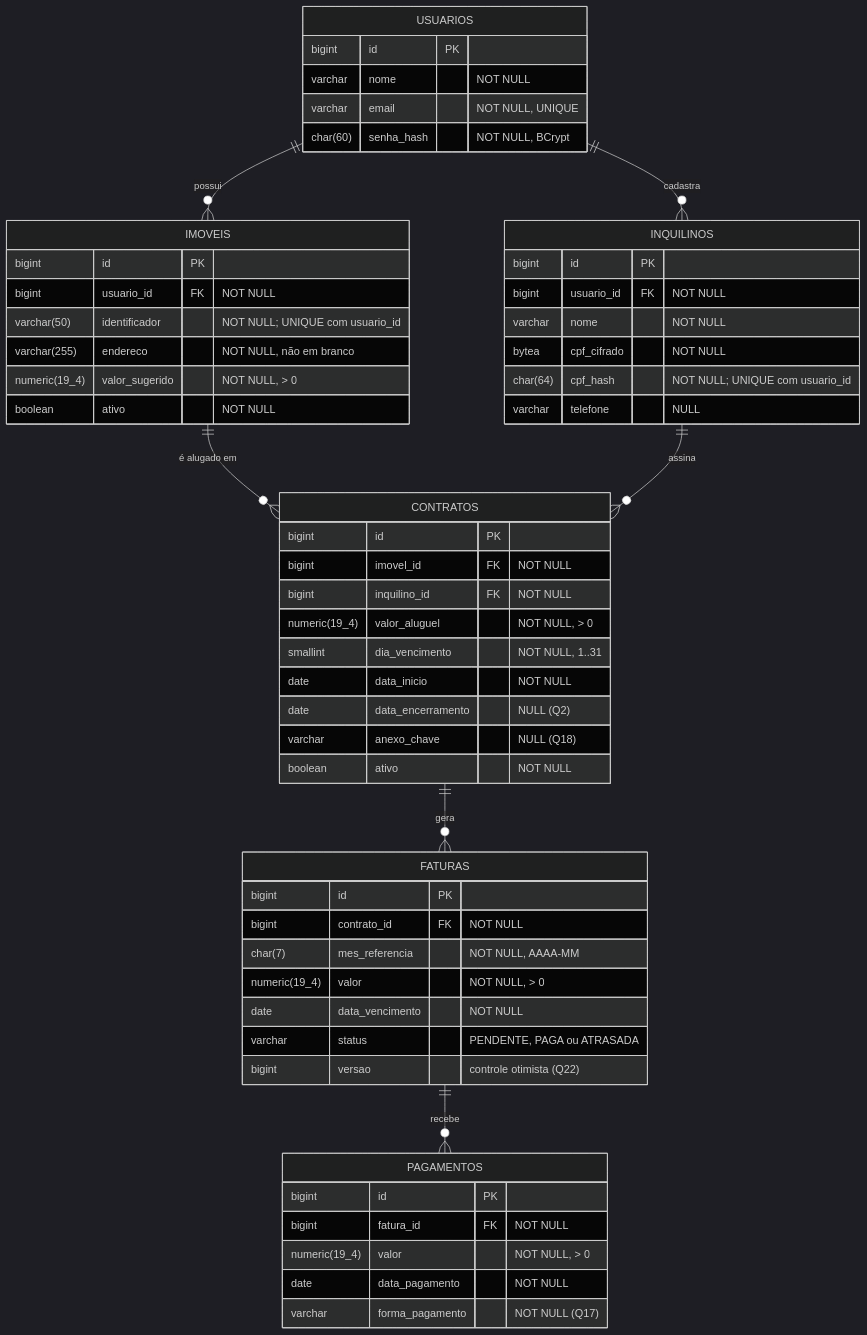
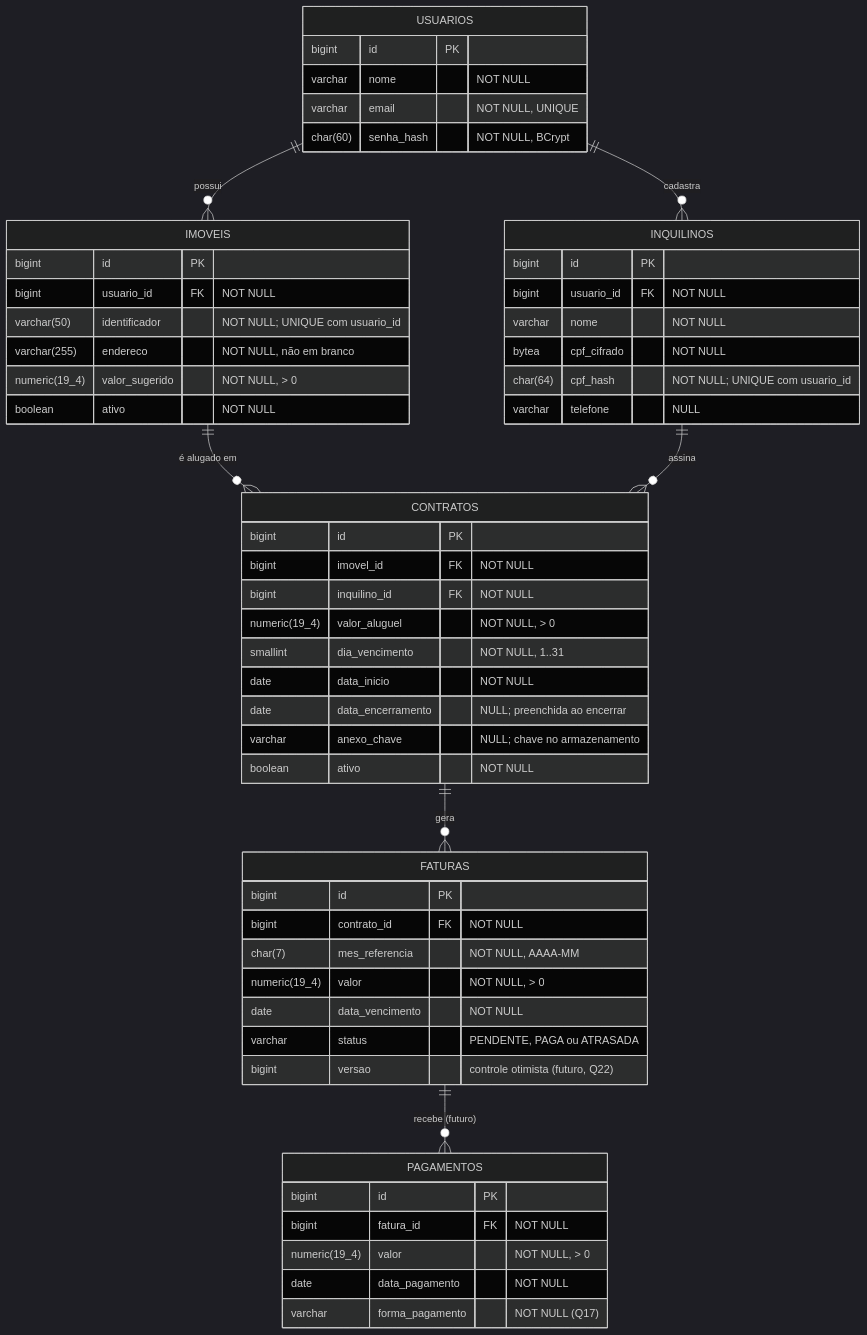
One commit to mardenrafael/habitattio changed the diagram in docs/requisitos-e-der.md. Above: the diagram before and after it, drawn with Mermaid (dark theme). The commit also changed other lines of this file, not shown here.

Commit message:
docs(requisitos): aceita Q2, Q4, Q8, Q11, Q18, Q22-Q24; pagamentos fora do escopo atual

````diff
--- a/docs/requisitos-e-der.md
+++ b/docs/requisitos-e-der.md
@@ -121,59 +125,59 @@
 ```mermaid
 erDiagram
     USUARIOS ||--o{ IMOVEIS : "possui"
     USUARIOS ||--o{ INQUILINOS : "cadastra"
     IMOVEIS ||--o{ CONTRATOS : "é alugado em"
     INQUILINOS ||--o{ CONTRATOS : "assina"
     CONTRATOS ||--o{ FATURAS : "gera"
-    FATURAS ||--o{ PAGAMENTOS : "recebe"
+    FATURAS ||--o{ PAGAMENTOS : "recebe (futuro)"
 
     USUARIOS {
         bigint id PK
         varchar nome "NOT NULL"
         varchar email "NOT NULL, UNIQUE"
         char(60) senha_hash "NOT NULL, BCrypt"
     }
     IMOVEIS {
         bigint id PK
         bigint usuario_id FK "NOT NULL"
         varchar(50) identificador "NOT NULL; UNIQUE com usuario_id"
         varchar(255) endereco "NOT NULL, não em branco"
         numeric(19_4) valor_sugerido "NOT NULL, > 0"
         boolean ativo "NOT NULL"
     }
     INQUILINOS {
         bigint id PK
         bigint usuario_id FK "NOT NULL"
         varchar nome "NOT NULL"
         bytea cpf_cifrado "NOT NULL"
         char(64) cpf_hash "NOT NULL; UNIQUE com usuario_id"
         varchar telefone "NULL"
     }
     CONTRATOS {
         bigint id PK
         bigint imovel_id FK "NOT NULL"
         bigint inquilino_id FK "NOT NULL"
         numeric(19_4) valor_aluguel "NOT NULL, > 0"
         smallint dia_vencimento "NOT NULL, 1..31"
         date data_inicio "NOT NULL"
-        date data_encerramento "NULL (Q2)"
-        varchar anexo_chave "NULL (Q18)"
+        date data_encerramento "NULL; preenchida ao encerrar"
+        varchar anexo_chave "NULL; chave no armazenamento"
         boolean ativo "NOT NULL"
     }
     FATURAS {
         bigint id PK
         bigint contrato_id FK "NOT NULL"
         char(7) mes_referencia "NOT NULL, AAAA-MM"
         numeric(19_4) valor "NOT NULL, > 0"
         date data_vencimento "NOT NULL"
         varchar status "PENDENTE, PAGA ou ATRASADA"
-        bigint versao "controle otimista (Q22)"
+        bigint versao "controle otimista (futuro, Q22)"
     }
     PAGAMENTOS {
         bigint id PK
         bigint fatura_id FK "NOT NULL"
         numeric(19_4) valor "NOT NULL, > 0"
         date data_pagamento "NOT NULL"
         varchar forma_pagamento "NOT NULL (Q17)"
     }
 ```
````
